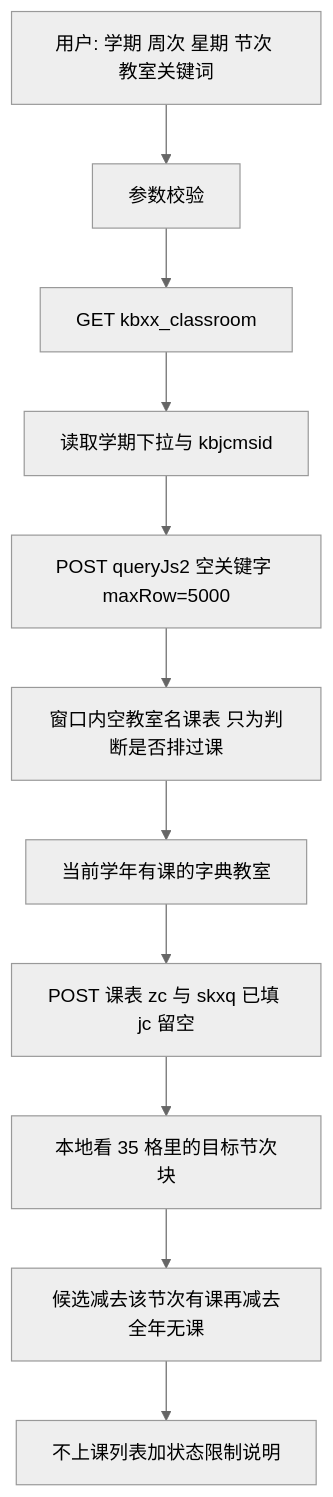
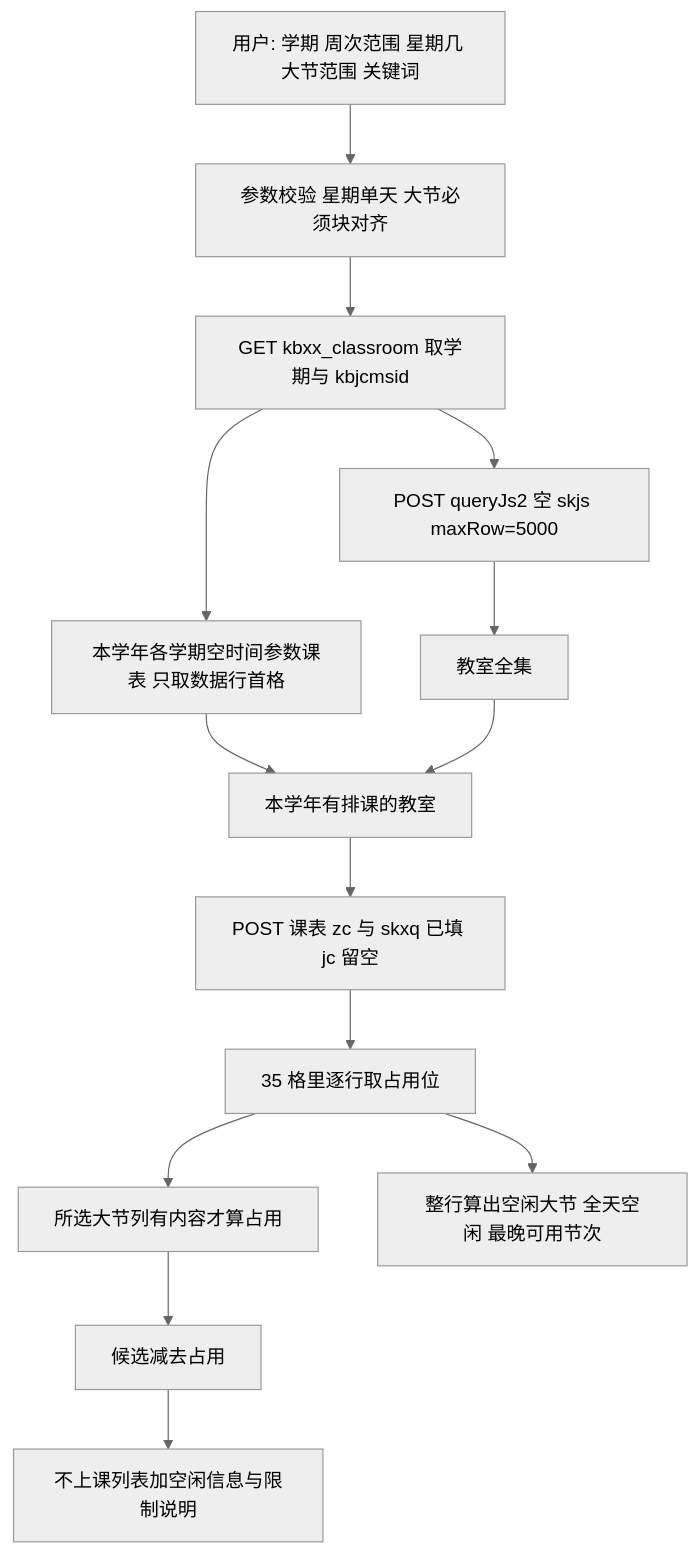
Before and after one commit to w1ndys/easy-qfnu-skill: the diagram in specs/empty-classroom/design.md, drawn with Mermaid (neutral theme). The commit also changed other lines of this file and 2 other files, not shown here.

Commit message:
docs(classroom): 定稿查无课教室规格：大节对齐与单天星期

````diff
--- a/specs/empty-classroom/design.md
+++ b/specs/empty-classroom/design.md
@@ -26,13 +30,16 @@
 ```mermaid
 flowchart TD
-  用户查询[用户: 学期 周次 星期 节次 教室关键词] --> 校验[参数校验]
-  校验 --> 父页[GET kbxx_classroom]
-  父页 --> 目录[读取学期下拉与 kbjcmsid]
-  目录 --> 字典[POST queryJs2 空关键字 maxRow=5000]
-  字典 --> 学年课表[窗口内空教室名课表 只为判断是否排过课]
-  学年课表 --> 候选[当前学年有课的字典教室]
-  候选 --> 本次课表[POST 课表 zc 与 skxq 已填 jc 留空]
-  本次课表 --> 节次[本地看 35 格里的目标节次块]
-  节次 --> 差集[候选减去该节次有课再减去全年无课]
-  差集 --> 结果[不上课列表加状态限制说明]
+  用户查询[用户: 学期 周次范围 星期几 大节范围 关键词] --> 校验[参数校验 星期单天 大节必须块对齐]
+  校验 --> 父页[GET kbxx_classroom 取学期与 kbjcmsid]
+  父页 --> 字典[POST queryJs2 空 skjs maxRow=5000]
+  字典 --> 全集[教室全集]
+  父页 --> 学年[本学年各学期空时间参数课表 只取数据行首格]
+  学年 --> 候选[本学年有排课的教室]
+  全集 --> 候选
+  候选 --> 本次[POST 课表 zc 与 skxq 已填 jc 留空]
+  本次 --> 解析[35 格里逐行取占用位]
+  解析 --> 占用[所选大节列有内容才算占用]
+  解析 --> 空闲[整行算出空闲大节 全天空闲 最晚可用节次]
+  占用 --> 差集[候选减去占用]
+  差集 --> 结果[不上课列表加空闲信息与限制说明]
 ```
````
